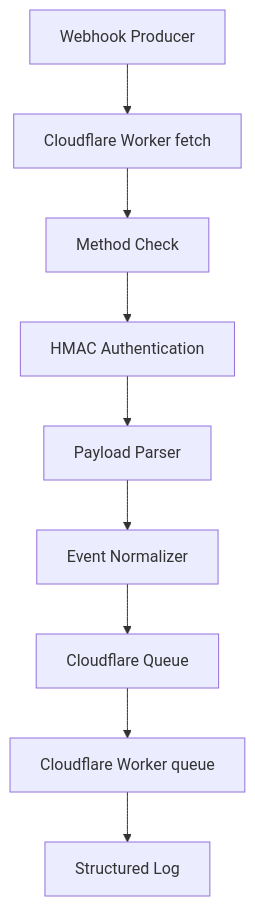
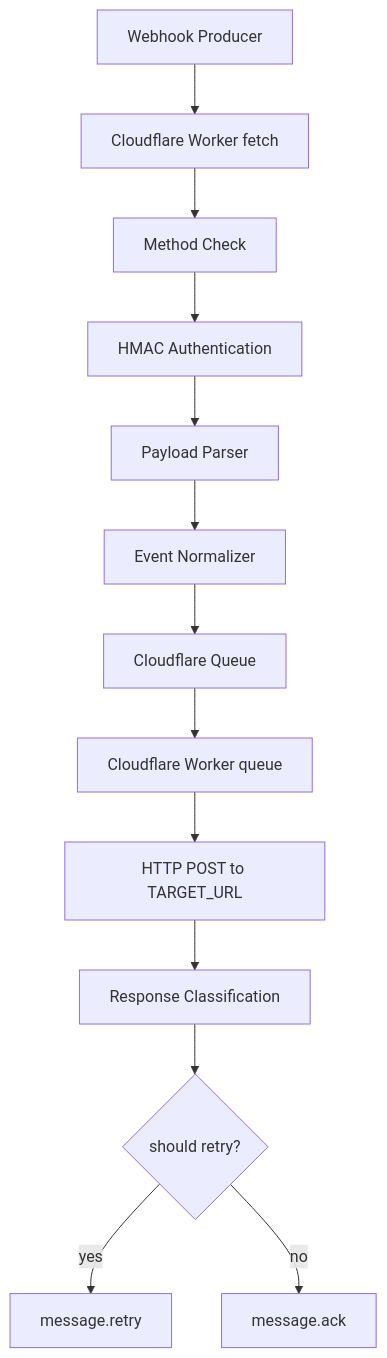
Before and after one commit to one-ea/EdgeHook: the diagram in .monkeycode/docs/ARCHITECTURE.md, drawn with Mermaid. The commit also changed other lines of this file and 18 other files, not shown here.

````diff
--- a/.monkeycode/docs/ARCHITECTURE.md
+++ b/.monkeycode/docs/ARCHITECTURE.md
@@ -23,11 +56,15 @@
 ```mermaid
 graph TD
-    A[Webhook Producer] --> B[Cloudflare Worker fetch]
-    B --> C[Method Check]
-    C --> D[HMAC Authentication]
-    D --> E[Payload Parser]
-    E --> F[Event Normalizer]
-    F --> G[Cloudflare Queue]
-    G --> H[Cloudflare Worker queue]
-    H --> I[Structured Log]
+    A["Webhook Producer"] --> B["Cloudflare Worker fetch"]
+    B --> C["Method Check"]
+    C --> D["HMAC Authentication"]
+    D --> E["Payload Parser"]
+    E --> F["Event Normalizer"]
+    F --> G["Cloudflare Queue"]
+    G --> H["Cloudflare Worker queue"]
+    H --> I["HTTP POST to TARGET_URL"]
+    I --> J["Response Classification"]
+    J --> K{"should retry?"}
+    K -- yes --> L["message.retry"]
+    K -- no --> M["message.ack"]
 ```
````
